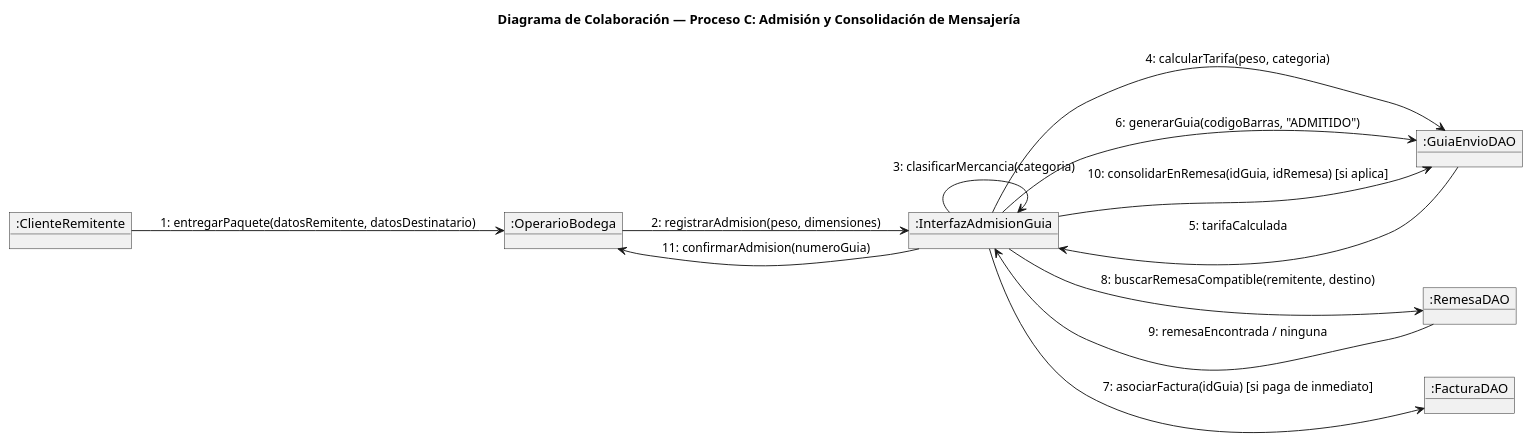
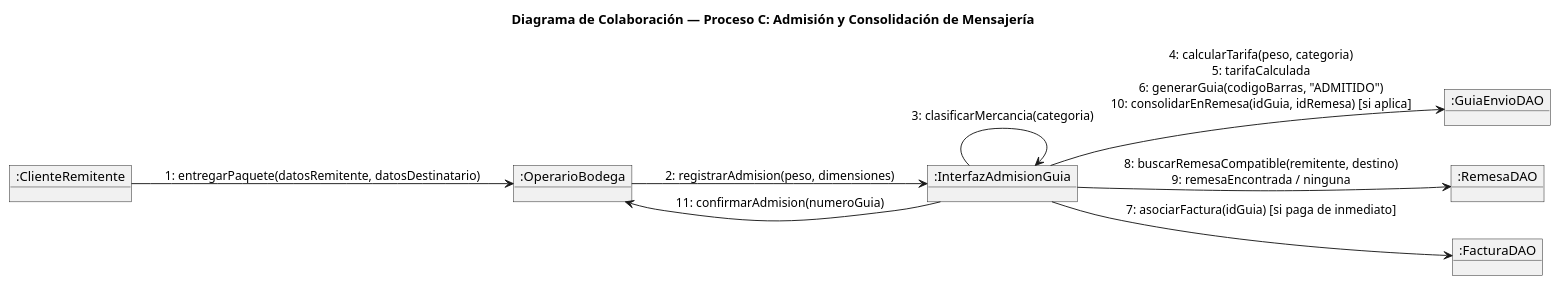
Before and after one commit to SKing25/Copetran-: the diagram in docs/parcial-primer-corte/diagramas/colaboracion/colaboracion-admision-mensajeria.puml, drawn with PlantUML. The commit also changed 5 other files, not shown here.

First line of the commit message:
Reordenar diagrama DAO y colaboración del Proceso C; tablas con filas alternadas en el informe

```diff
--- a/docs/parcial-primer-corte/diagramas/colaboracion/colaboracion-admision-mensajeria.puml
+++ b/docs/parcial-primer-corte/diagramas/colaboracion/colaboracion-admision-mensajeria.puml
@@ -1,23 +1,23 @@
 @startuml colaboracion_admision_mensajeria
 title Diagrama de Colaboración — Proceso C: Admisión y Consolidación de Mensajería
+skinparam nodesep 40
+skinparam ranksep 70
 left to right direction
 
 object ":ClienteRemitente" as remitente
 object ":OperarioBodega" as operario
 object ":InterfazAdmisionGuia" as ui
 object ":GuiaEnvioDAO" as guiaDAO
 object ":RemesaDAO" as remesaDAO
 object ":FacturaDAO" as facturaDAO
 
 remitente --> operario : 1: entregarPaquete(datosRemitente, datosDestinatario)
 operario --> ui : 2: registrarAdmision(peso, dimensiones)
 ui --> ui : 3: clasificarMercancia(categoria)
-ui --> guiaDAO : 4: calcularTarifa(peso, categoria)
-guiaDAO --> ui : 5: tarifaCalculada
-ui --> guiaDAO : 6: generarGuia(codigoBarras, "ADMITIDO")
+' Un solo enlace por par de objetos, con la secuencia de mensajes
+' intercambiados en ese enlace (evita líneas redundantes y cruces).
+ui --> guiaDAO : 4: calcularTarifa(peso, categoria)\n5: tarifaCalculada\n6: generarGuia(codigoBarras, "ADMITIDO")\n10: consolidarEnRemesa(idGuia, idRemesa) [si aplica]
 ui --> facturaDAO : 7: asociarFactura(idGuia) [si paga de inmediato]
-ui --> remesaDAO : 8: buscarRemesaCompatible(remitente, destino)
-remesaDAO --> ui : 9: remesaEncontrada / ninguna
-ui --> guiaDAO : 10: consolidarEnRemesa(idGuia, idRemesa) [si aplica]
+ui --> remesaDAO : 8: buscarRemesaCompatible(remitente, destino)\n9: remesaEncontrada / ninguna
 ui --> operario : 11: confirmarAdmision(numeroGuia)
 @enduml
```
